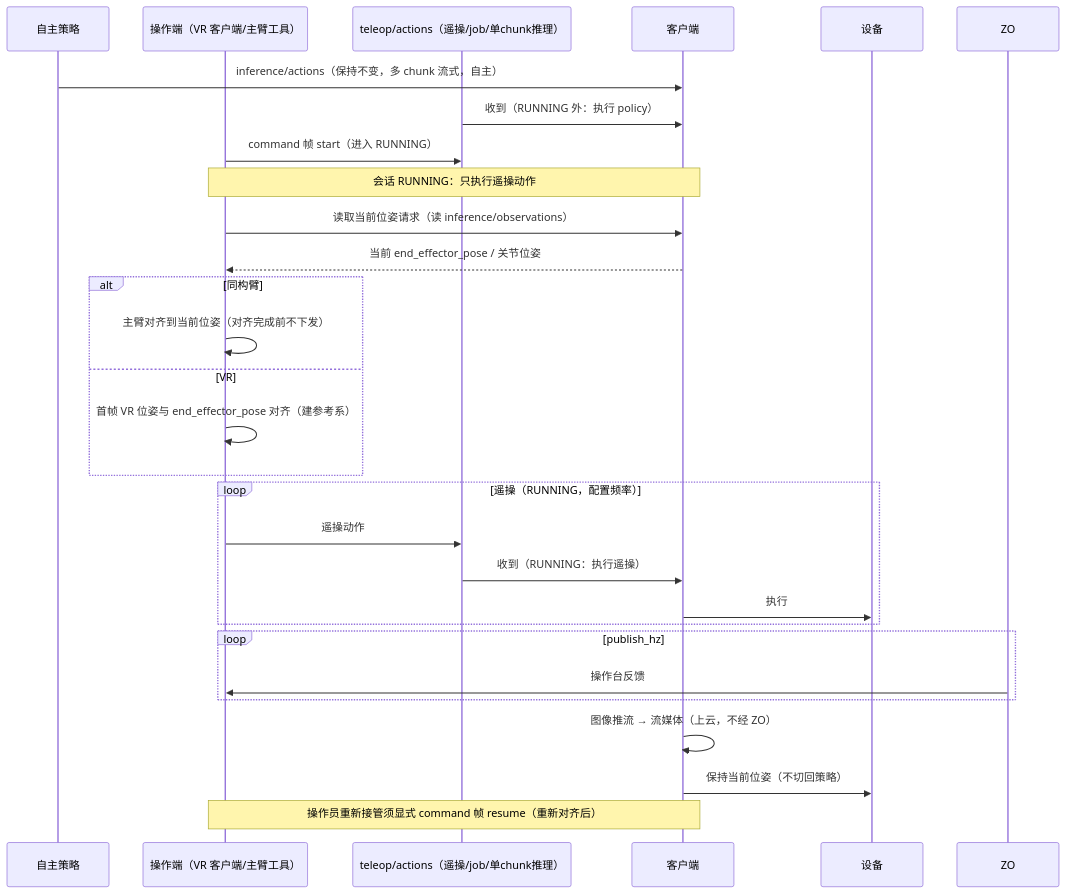
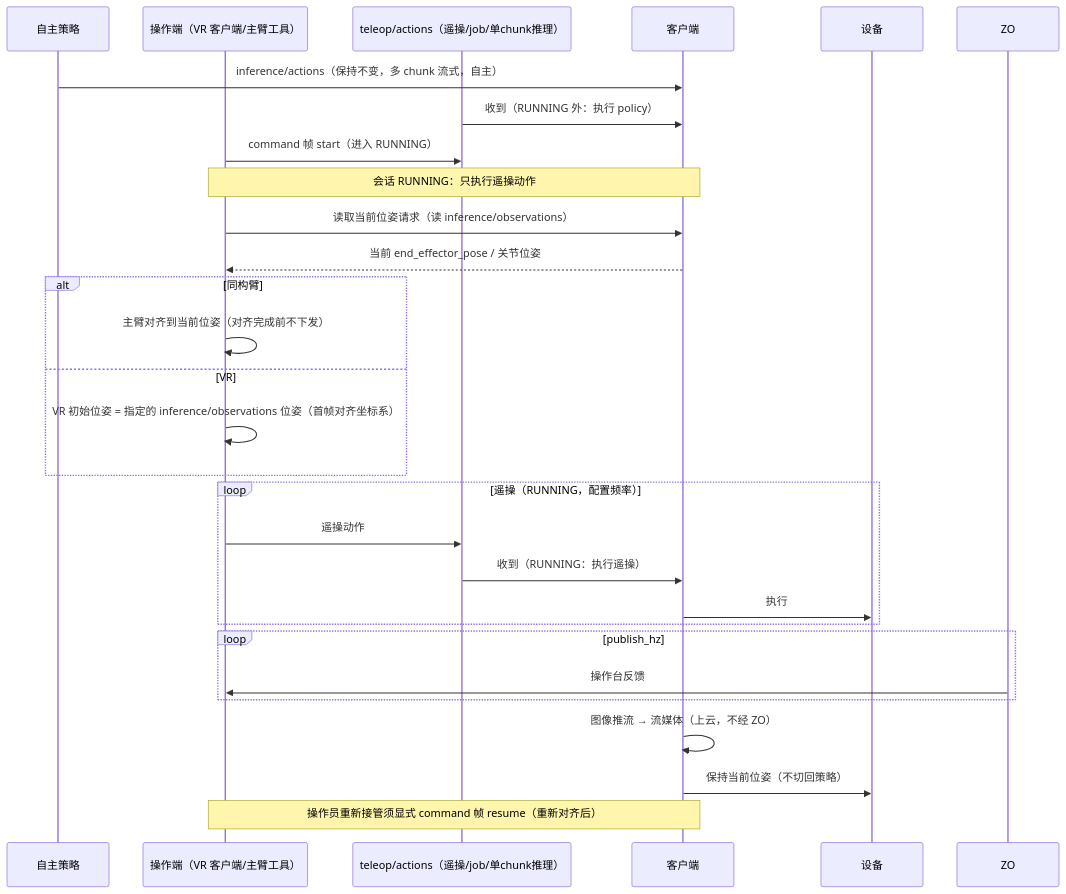
One commit to vincentguiling/cloudrobo-sdk-client changed the diagram in docs/design/r2c-teleop-data-collection-design.md. Above: the diagram before and after it, drawn with Mermaid. The commit also changed other lines of this file, not shown here.

Commit message:
docs(design): v2.0——同构臂发送关节绝对位置、VR 发送绝对位姿（初始值=inference/observations 指定位姿，取消相对映射）

````diff
--- a/docs/design/r2c-teleop-data-collection-design.md
+++ b/docs/design/r2c-teleop-data-collection-design.md
@@ -129,31 +129,31 @@
 ```mermaid
 sequenceDiagram
     participant P as 自主策略
     participant O as 操作端（VR 客户端/主臂工具）
     participant ZA as teleop/actions（遥操/job/单chunk推理）
     participant C as 客户端
     participant F as 设备
 
     P->>C: inference/actions（保持不变，多 chunk 流式，自主）
     ZA->>C: 收到（RUNNING 外：执行 policy）
     O->>ZA: command 帧 start（进入 RUNNING）
     Note over O,C: 会话 RUNNING：只执行遥操动作
     O->>C: 读取当前位姿请求（读 inference/observations）
     C-->>O: 当前 end_effector_pose / 关节位姿
     alt 同构臂
         O->>O: 主臂对齐到当前位姿（对齐完成前不下发）
     else VR
-        O->>O: 首帧 VR 位姿与 end_effector_pose 对齐（建参考系）
+        O->>O: VR 初始位姿 = 指定的 inference/observations 位姿（首帧对齐坐标系）
     end
     loop 遥操（RUNNING，配置频率）
         O->>ZA: 遥操动作
         ZA->>C: 收到（RUNNING：执行遥操）
         C->>F: 执行
     end
     loop publish_hz
         ZO->>O: 操作台反馈
     end
     C->>C: 图像推流 → 流媒体（上云，不经 ZO）
     C->>F: 保持当前位姿（不切回策略）
     Note over O,C: 操作员重新接管须显式 command 帧 resume（重新对齐后）
 ```
````
